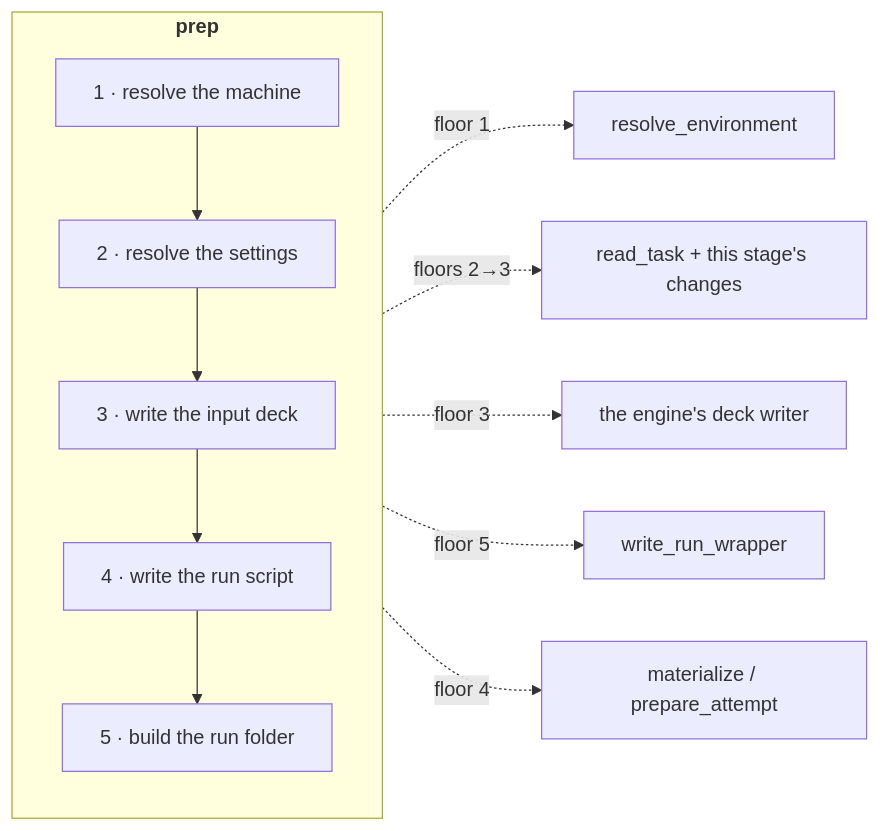
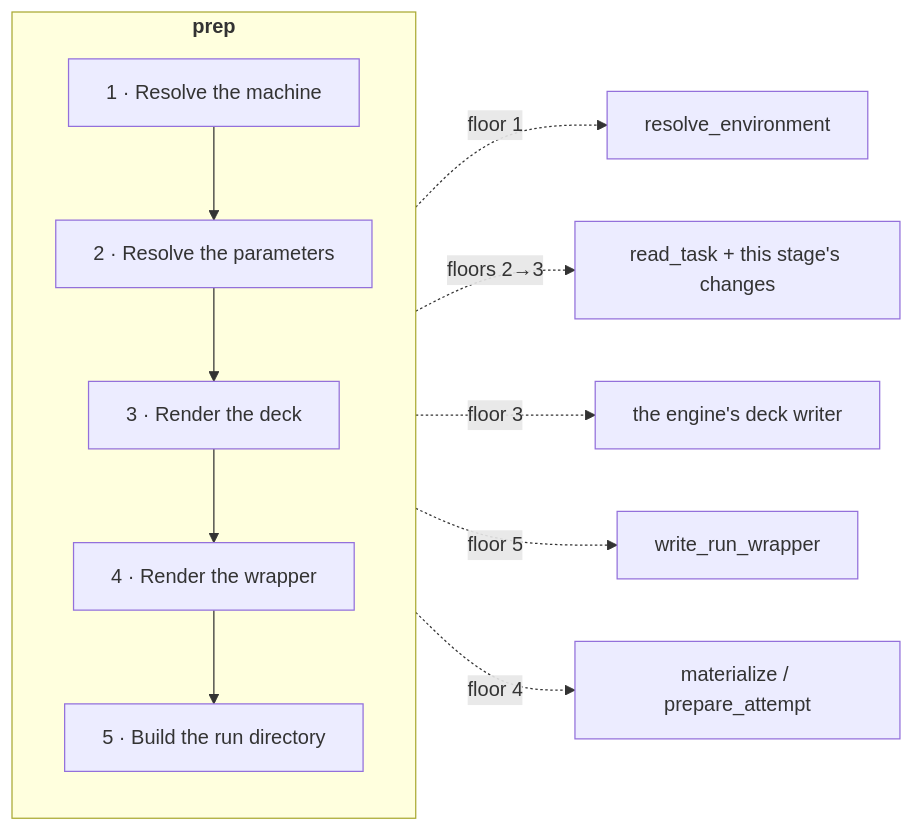
One commit to Qing-LAB/molbuilder changed the third of 4 diagrams in docs/execution/architecture.md. Above: the diagram before and after it, drawn with Mermaid. The commit also changed other lines of this file and 5 other files, not shown here.

First line of the commit message:
docs(execution+ops): systematic cross-check -- four broken references, one live diagram of a deleted mechanism

````diff
--- a/docs/execution/architecture.md
+++ b/docs/execution/architecture.md
@@ -251,14 +251,14 @@
 ```mermaid
 flowchart LR
     subgraph PREP["<b>prep</b>"]
       direction TB
-      p1["1 · resolve the machine"] --> p2["2 · resolve the settings"]
-      p2 --> p3["3 · write the input deck"] --> p4["4 · write the run script"]
-      p4 --> p5["5 · build the run folder"]
+      p1["1 · Resolve the machine"] --> p2["2 · Resolve the parameters"]
+      p2 --> p3["3 · Render the deck"] --> p4["4 · Render the wrapper"]
+      p4 --> p5["5 · Build the run directory"]
     end
     p1 -.->|"floor 1"| q1["resolve_environment"]
     p2 -.->|"floors 2→3"| q2["read_task + this stage's changes"]
     p3 -.->|"floor 3"| q3["the engine's deck writer"]
     p4 -.->|"floor 5"| q4["write_run_wrapper"]
     p5 -.->|"floor 4"| q5["materialize / prepare_attempt"]
 ```
````
